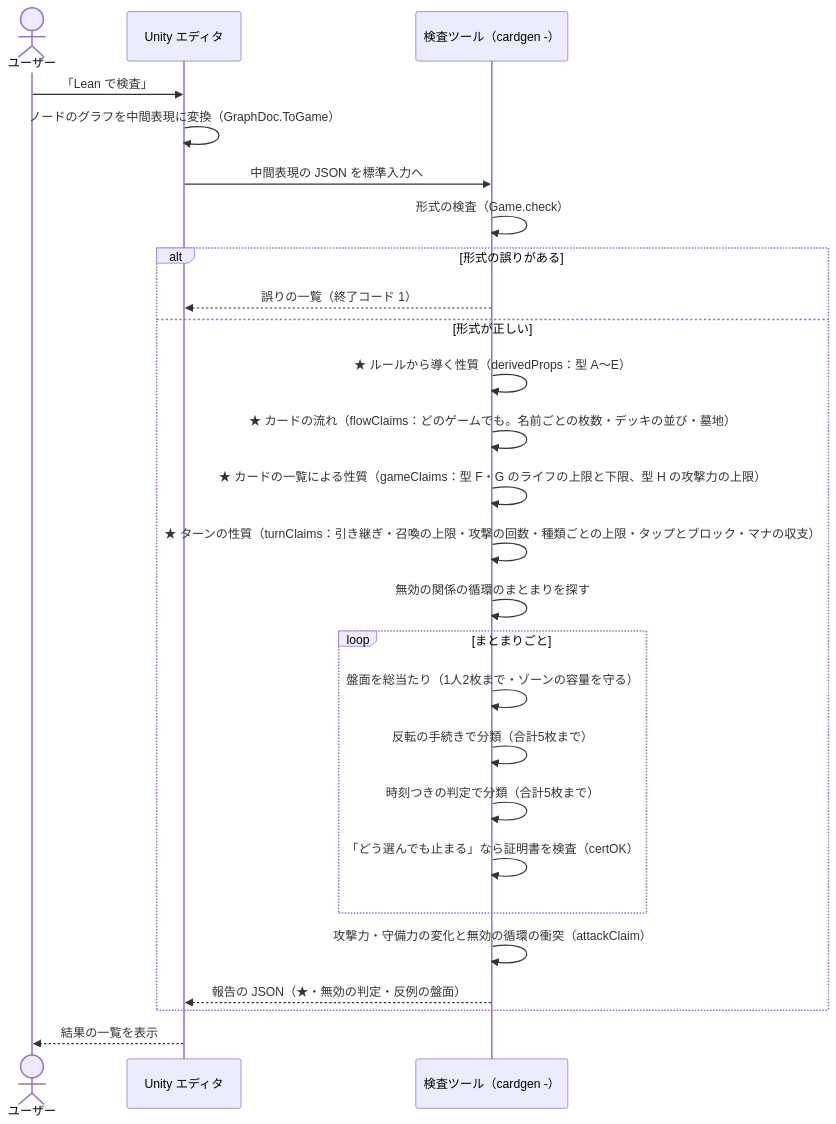
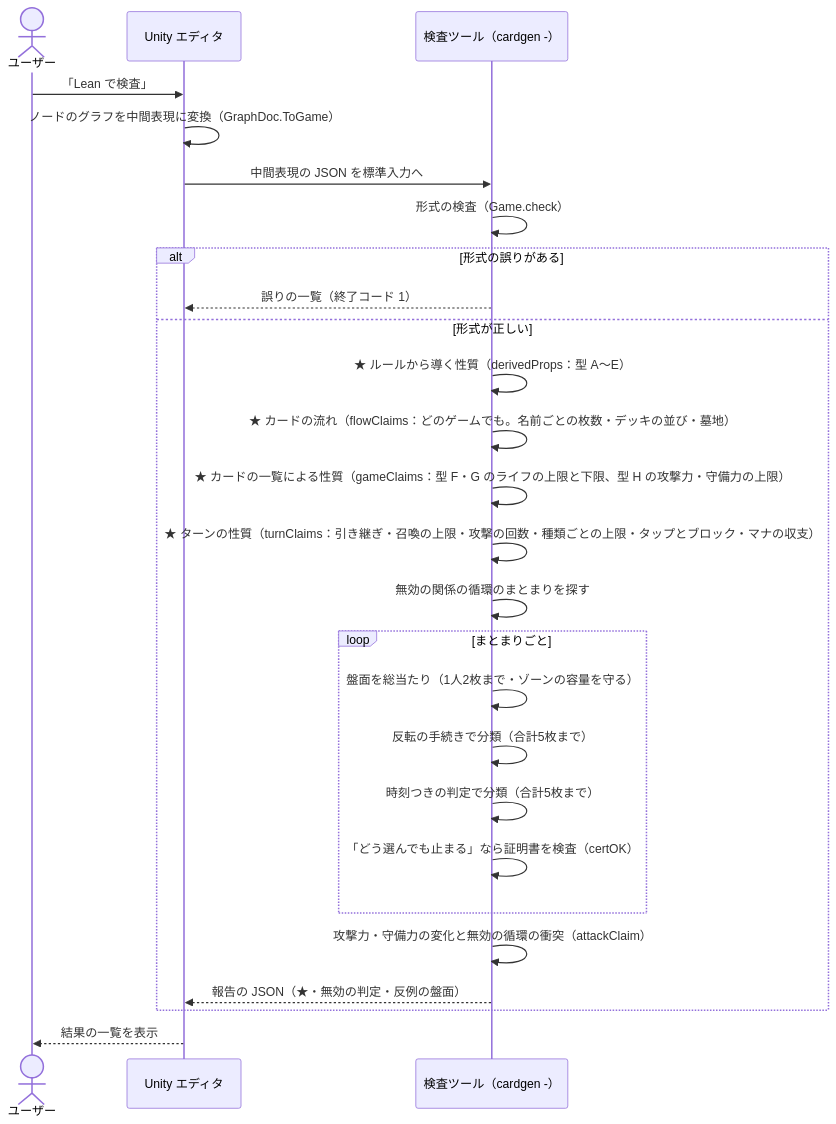
One commit to kotatu0047/yuugi-lean changed the third of 6 diagrams in アーキテクチャ.md. Above: the diagram before and after it, drawn with Mermaid. The commit also changed other lines of this file and 8 other files, not shown here.

````diff
--- a/アーキテクチャ.md
+++ b/アーキテクチャ.md
@@ -105,28 +105,28 @@
 ```mermaid
 sequenceDiagram
   actor U as ユーザー
   participant E as Unity エディタ
   participant C as 検査ツール（cardgen -）
   U->>E: 「Lean で検査」
   E->>E: ノードのグラフを中間表現に変換（GraphDoc.ToGame）
   E->>C: 中間表現の JSON を標準入力へ
   C->>C: 形式の検査（Game.check）
   alt 形式の誤りがある
     C-->>E: 誤りの一覧（終了コード 1）
   else 形式が正しい
     C->>C: ★ ルールから導く性質（derivedProps：型 A〜E）
     C->>C: ★ カードの流れ（flowClaims：どのゲームでも。名前ごとの枚数・デッキの並び・墓地）
-    C->>C: ★ カードの一覧による性質（gameClaims：型 F・G のライフの上限と下限、型 H の攻撃力の上限）
+    C->>C: ★ カードの一覧による性質（gameClaims：型 F・G のライフの上限と下限、型 H の攻撃力・守備力の上限）
     C->>C: ★ ターンの性質（turnClaims：引き継ぎ・召喚の上限・攻撃の回数・種類ごとの上限・タップとブロック・マナの収支）
     C->>C: 無効の関係の循環のまとまりを探す
     loop まとまりごと
       C->>C: 盤面を総当たり（1人2枚まで・ゾーンの容量を守る）
       C->>C: 反転の手続きで分類（合計5枚まで）
       C->>C: 時刻つきの判定で分類（合計5枚まで）
       C->>C: 「どう選んでも止まる」なら証明書を検査（certOK）
     end
     C->>C: 攻撃力・守備力の変化と無効の循環の衝突（attackClaim）
     C-->>E: 報告の JSON（★・無効の判定・反例の盤面）
   end
   E-->>U: 結果の一覧を表示
 ```
````
